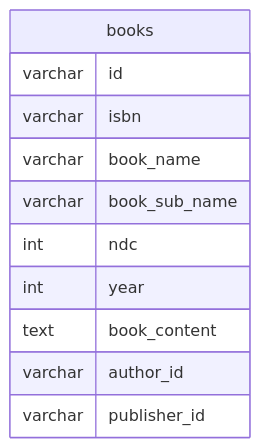
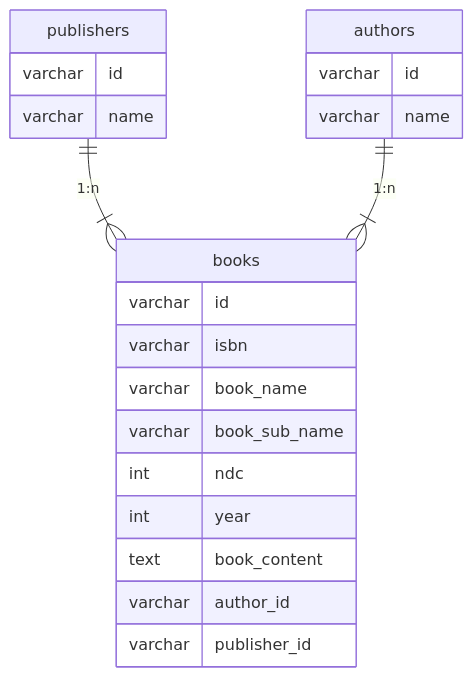
One commit to booksearch-hotate/hotate-server changed the diagram in DOC/AboutDB.md. Above: the diagram before and after it, drawn with Mermaid.

Commit message:
publishersとauthorsを作成

````diff
--- a/DOC/AboutDB.md
+++ b/DOC/AboutDB.md
@@ -1,14 +1,28 @@
 ```mermaid
 erDiagram
+
+publishers ||--|{books: "1:n"
+authors ||--|{books: "1:n"
+
 books {
   varchar id
   varchar isbn
   varchar book_name
   varchar book_sub_name
   int ndc
   int year
   text book_content
   varchar author_id
   varchar publisher_id
 }
+
+publishers {
+  varchar id
+  varchar name
+}
+
+authors {
+  varchar id
+  varchar name
+}
 ```
````
